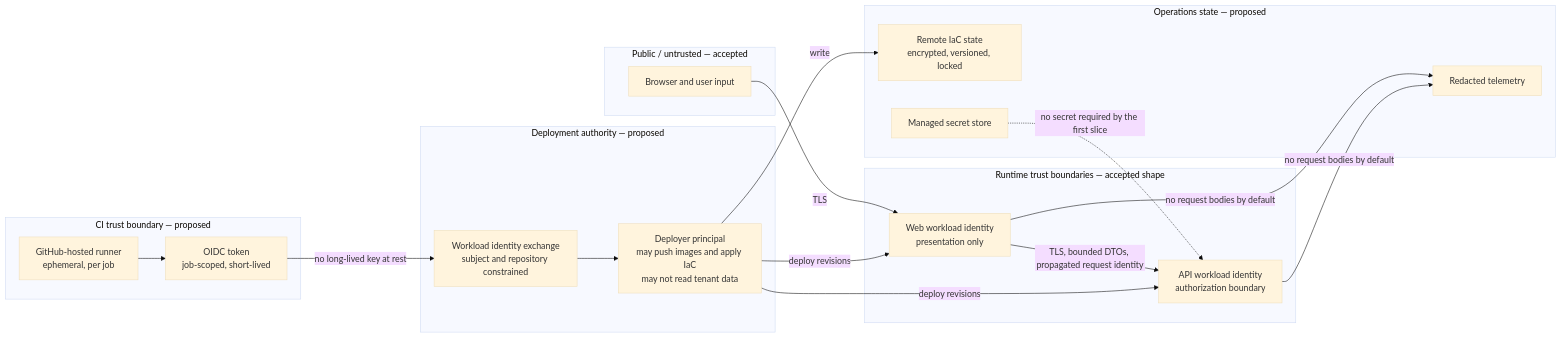
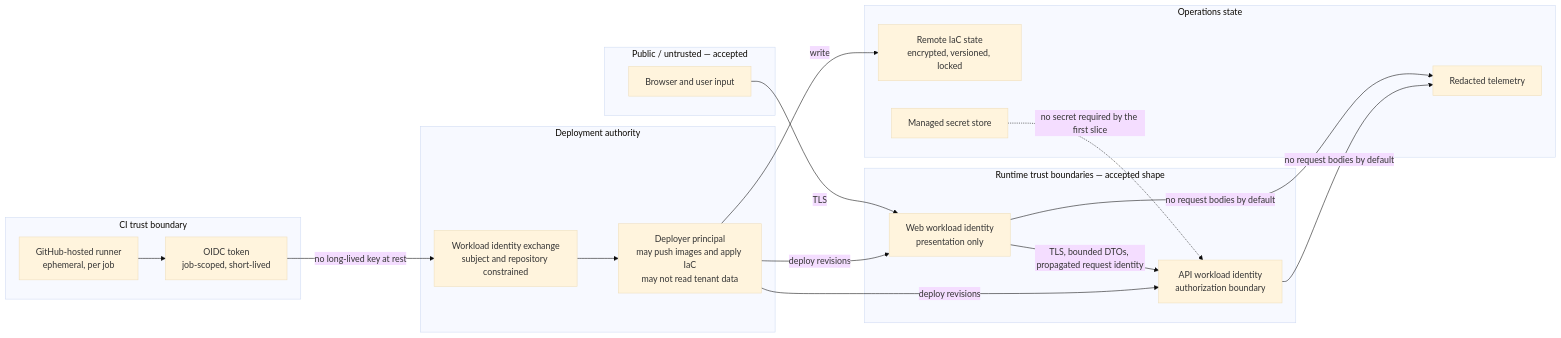
One commit to money-noodle/money-noodle changed the second of 3 diagrams in docs/operations/deployment-composition.md. Above: the diagram before and after it, drawn with Mermaid (base theme). The commit also changed other lines of this file and 8 other files, not shown here.

````diff
--- a/docs/operations/deployment-composition.md
+++ b/docs/operations/deployment-composition.md
@@ -309,39 +310,39 @@
 ```mermaid
 flowchart LR
     subgraph public["Public / untrusted — accepted"]
         browser["Browser and user input"]
     end
 
-    subgraph ci["CI trust boundary — proposed"]
+    subgraph ci["CI trust boundary"]
         runner["GitHub-hosted runner<br/>ephemeral, per job"]
         token["OIDC token<br/>job-scoped, short-lived"]
     end
 
-    subgraph deploy["Deployment authority — proposed"]
+    subgraph deploy["Deployment authority"]
         exchange["Workload identity exchange<br/>subject and repository constrained"]
         deployer["Deployer principal<br/>may push images and apply IaC<br/>may not read tenant data"]
     end
 
     subgraph runtime["Runtime trust boundaries — accepted shape"]
         webId["Web workload identity<br/>presentation only"]
         apiId["API workload identity<br/>authorization boundary"]
     end
 
-    subgraph state["Operations state — proposed"]
+    subgraph state["Operations state"]
         iac["Remote IaC state<br/>encrypted, versioned, locked"]
         vault["Managed secret store"]
         tel["Redacted telemetry"]
     end
 
     browser -->|TLS| webId
     webId -->|TLS, bounded DTOs, propagated request identity| apiId
     runner --> token
     token -->|no long-lived key at rest| exchange
     exchange --> deployer
     deployer -->|write| iac
     deployer -->|deploy revisions| webId
     deployer -->|deploy revisions| apiId
     vault -. "no secret required by the first slice" .-> apiId
     webId -->|no request bodies by default| tel
     apiId -->|no request bodies by default| tel
 ```
````
